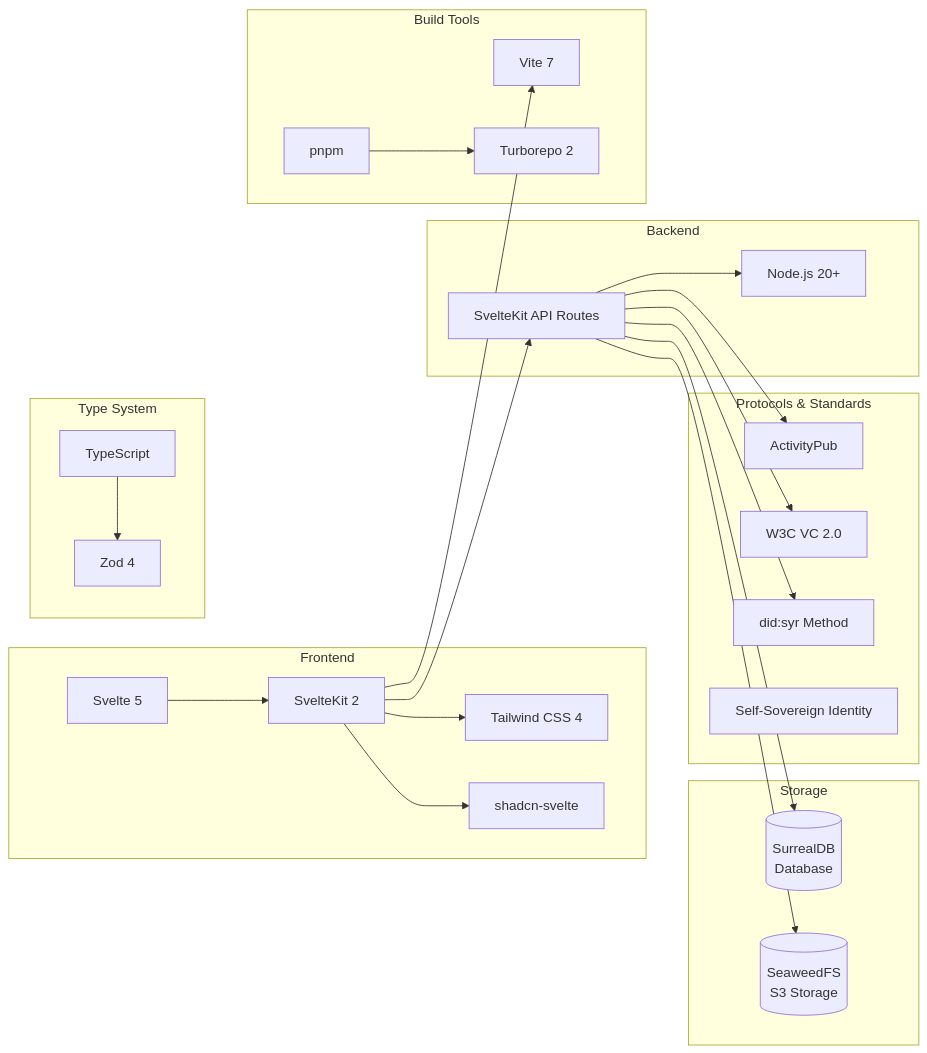
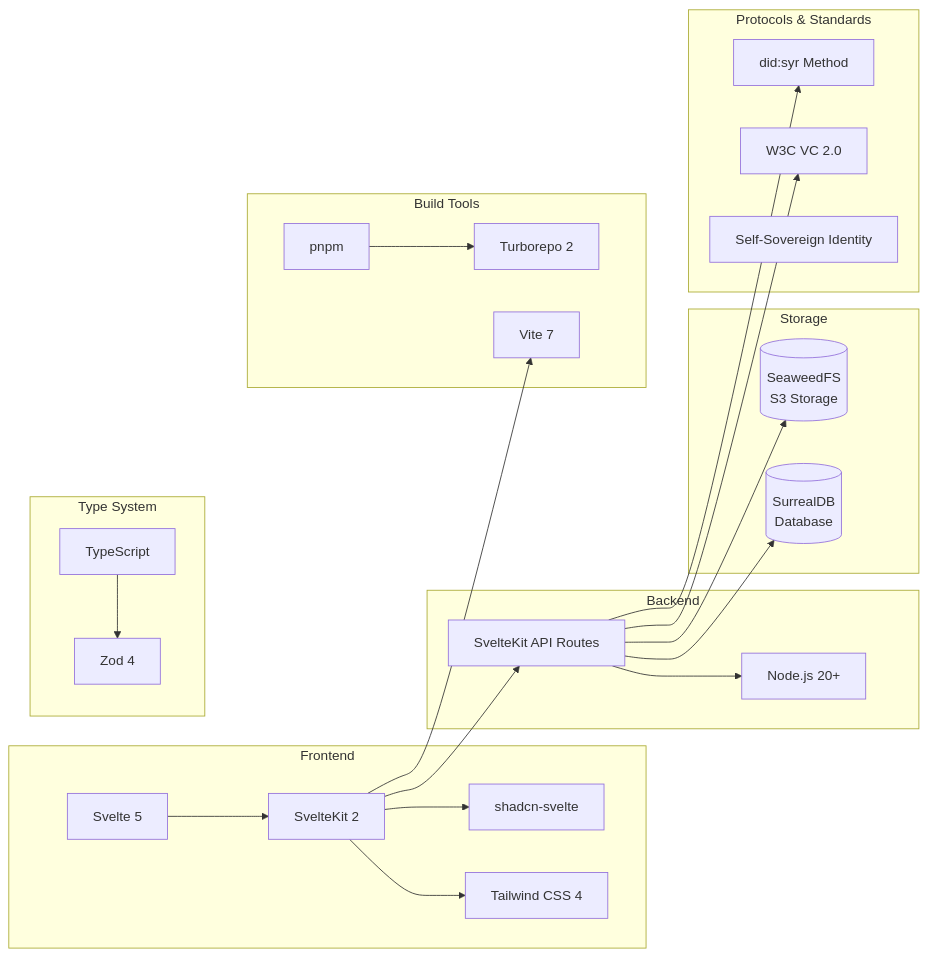
The eighth of 17 diagrams in Architecture.md (syr-is/syr), drawn with Mermaid before and after one commit. The commit also changed other lines of this file and 67 other files, not shown here.

````diff
--- a/Architecture.md
+++ b/Architecture.md
@@ -355,54 +305,52 @@
 ```mermaid
 graph LR
     subgraph "Frontend"
         Svelte[Svelte 5]
         SvelteKit[SvelteKit 2]
         Tailwind[Tailwind CSS 4]
         Shadcn[shadcn-svelte]
     end
 
     subgraph "Backend"
         SK_API[SvelteKit API Routes]
         Node[Node.js 20+]
     end
 
     subgraph "Type System"
         TS[TypeScript]
         Zod[Zod 4]
     end
 
     subgraph "Storage"
         SurrealDB[(SurrealDB<br/>Database)]
         SeaweedFS[(SeaweedFS<br/>S3 Storage)]
     end
 
     subgraph "Protocols & Standards"
-        AP_Proto[ActivityPub]
         VC_Proto[W3C VC 2.0]
         DID_Proto[did:syr Method]
         SSI[Self-Sovereign Identity]
     end
 
     subgraph "Build Tools"
         Vite[Vite 7]
         pnpm[pnpm]
         Turbo[Turborepo 2]
     end
 
     Svelte --> SvelteKit
     SvelteKit --> Tailwind
     SvelteKit --> Shadcn
     SvelteKit --> SK_API
     SK_API --> Node
 
     TS --> Zod
 
     SK_API --> SurrealDB
     SK_API --> SeaweedFS
-    SK_API --> AP_Proto
     SK_API --> VC_Proto
     SK_API --> DID_Proto
 
     SvelteKit --> Vite
     pnpm --> Turbo
 ```
````
